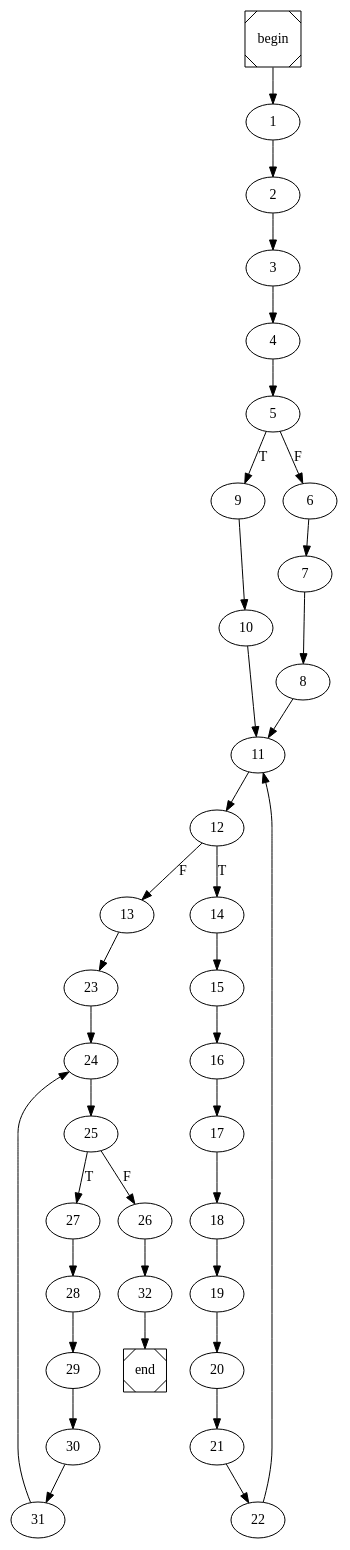
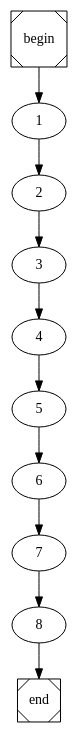
One commit to arubenruben/JMM-Compiler changed the diagram in main.dot. Above: the diagram before and after it, drawn with Graphviz. The commit also changed 4 other files, not shown here.

```diff
--- a/main.dot
+++ b/main.dot
@@ -1,4 +1,4 @@
 digraph cfg {
 	begin [shape=Msquare];
 	end [shape=Msquare];
-	begin -> 1;	1 -> 2;	2 -> 3;	3 -> 4;	4 -> 5;	5 -> 9[label=T];	5 -> 6[label=F];	6 -> 7;	7 -> 8;	8 -> 11;	9 -> 10;	10 -> 11;	11 -> 12;	12 -> 14[label=T];	12 -> 13[label=F];	13 -> 23;	14 -> 15;	15 -> 16;	16 -> 17;	17 -> 18;	18 -> 19;	19 -> 20;	20 -> 21;	21 -> 22;	22 -> 11;	23 -> 24;	24 -> 25;	25 -> 27[label=T];	25 -> 26[label=F];	26 -> 32;	27 -> 28;	28 -> 29;	29 -> 30;	30 -> 31;	31 -> 24;	32 -> end;}
+	begin -> 1;	1 -> 2;	2 -> 3;	3 -> 4;	4 -> 5;	5 -> 6;	6 -> 7;	7 -> 8;	8 -> end;}
```
